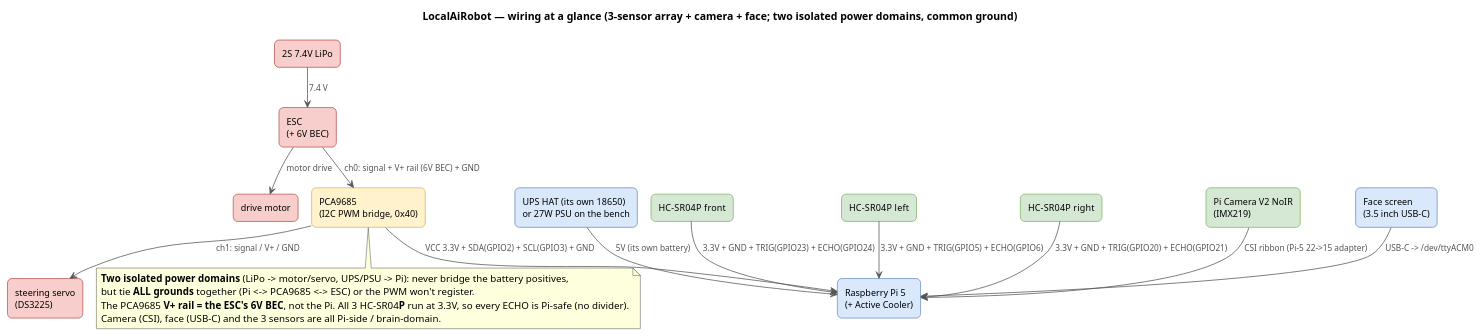
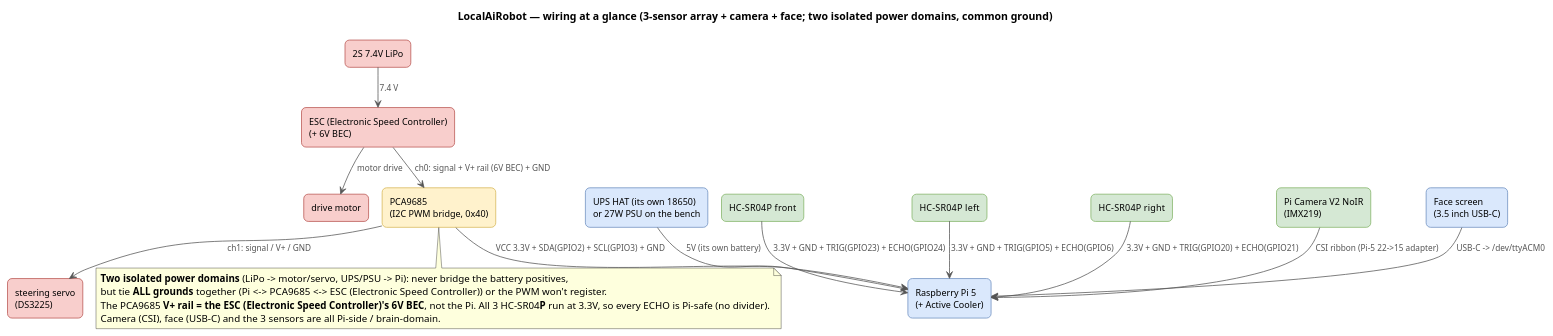
One commit to shen747/LocalAiRobot changed the diagram in docs/images/wiring.puml. Above: the diagram before and after it, drawn with PlantUML. The commit also changed 10 other files, not shown here.

```diff
--- a/docs/images/wiring.puml
+++ b/docs/images/wiring.puml
@@ -1,75 +1,75 @@
 @startuml wiring
 ' LocalAiRobot — "Wiring at a glance" connection map (full design: 3 sensors + camera + face).
 ' This source lives next to its render. Regenerate in place (writes wiring.png here):
 '   plantuml -tpng docs/images/wiring.puml
 ' No Graphviz needed: !pragma layout smetana uses PlantUML's pure-Java layout engine.
 ' Palette via stereotypes (draw.io pastels), hidden with `hide stereotype`:
 '   io #DAE8FC/#6C8EBF = compute / power-in   model #FFF2CC/#D6B656 = PWM bridge
 '   data #D5E8D4/#82B366 = sensor / camera     motor #F8CECC/#B85450 = motor / actuator
 '   store #F5F5F5/#666666 = note / bus
 !pragma layout smetana
 hide stereotype
 title LocalAiRobot — wiring at a glance (3-sensor array + camera + face; two isolated power domains, common ground)
 
 skinparam backgroundColor white
 skinparam shadowing false
 skinparam defaultFontName Helvetica
 skinparam ArrowColor #555555
 skinparam ArrowFontColor #555555
 skinparam ArrowFontSize 11
 skinparam rectangle {
   RoundCorner 12
   FontSize 12
   BorderThickness 1
   BackgroundColor<<io>> #DAE8FC
   BorderColor<<io>> #6C8EBF
   BackgroundColor<<model>> #FFF2CC
   BorderColor<<model>> #D6B656
   BackgroundColor<<data>> #D5E8D4
   BorderColor<<data>> #82B366
   BackgroundColor<<motor>> #F8CECC
   BorderColor<<motor>> #B85450
   BackgroundColor<<store>> #F5F5F5
   BorderColor<<store>> #666666
 }
 
 ' ---- motor / LiPo domain ----
 rectangle "2S 7.4V LiPo" as lipo <<motor>>
-rectangle "ESC\n(+ 6V BEC)" as esc <<motor>>
+rectangle "ESC (Electronic Speed Controller)\n(+ 6V BEC)" as esc <<motor>>
 rectangle "drive motor" as motor <<motor>>
 rectangle "steering servo\n(DS3225)" as servo <<motor>>
 
 ' ---- PWM bridge ----
 rectangle "PCA9685\n(I2C PWM bridge, 0x40)" as pca <<model>>
 
 ' ---- brain / UPS domain ----
 rectangle "Raspberry Pi 5\n(+ Active Cooler)" as pi <<io>>
 rectangle "UPS HAT (its own 18650)\nor 27W PSU on the bench" as ups <<io>>
 
 ' ---- sensors / camera / face (all Pi-side, brain domain) ----
 rectangle "HC-SR04P  front" as sonF <<data>>
 rectangle "HC-SR04P  left" as sonL <<data>>
 rectangle "HC-SR04P  right" as sonR <<data>>
 rectangle "Pi Camera V2 NoIR\n(IMX219)" as cam <<data>>
 rectangle "Face screen\n(3.5 inch USB-C)" as face <<io>>
 
 ' ---- connections (labels = what's on the wire) ----
 lipo --> esc : 7.4 V
 esc --> motor : motor drive
 esc --> pca : ch0: signal + V+ rail (6V BEC) + GND
 pca --> servo : ch1: signal / V+ / GND
 pca --> pi : VCC 3.3V + SDA(GPIO2) + SCL(GPIO3) + GND
 sonF --> pi : 3.3V + GND + TRIG(GPIO23) + ECHO(GPIO24)
 sonL --> pi : 3.3V + GND + TRIG(GPIO5) + ECHO(GPIO6)
 sonR --> pi : 3.3V + GND + TRIG(GPIO20) + ECHO(GPIO21)
 cam --> pi : CSI ribbon (Pi-5 22->15 adapter)
 face --> pi : USB-C -> /dev/ttyACM0
 ups --> pi : 5V (its own battery)
 
 note bottom of pca
   **Two isolated power domains** (LiPo -> motor/servo, UPS/PSU -> Pi): never bridge the battery positives,
-  but tie **ALL grounds** together (Pi <-> PCA9685 <-> ESC) or the PWM won't register.
-  The PCA9685 **V+ rail = the ESC's 6V BEC**, not the Pi. All 3 HC-SR04**P** run at 3.3V, so every ECHO is Pi-safe (no divider).
+  but tie **ALL grounds** together (Pi <-> PCA9685 <-> ESC (Electronic Speed Controller)) or the PWM won't register.
+  The PCA9685 **V+ rail = the ESC (Electronic Speed Controller)'s 6V BEC**, not the Pi. All 3 HC-SR04**P** run at 3.3V, so every ECHO is Pi-safe (no divider).
   Camera (CSI), face (USB-C) and the 3 sensors are all Pi-side / brain-domain.
 end note
 @enduml
```
